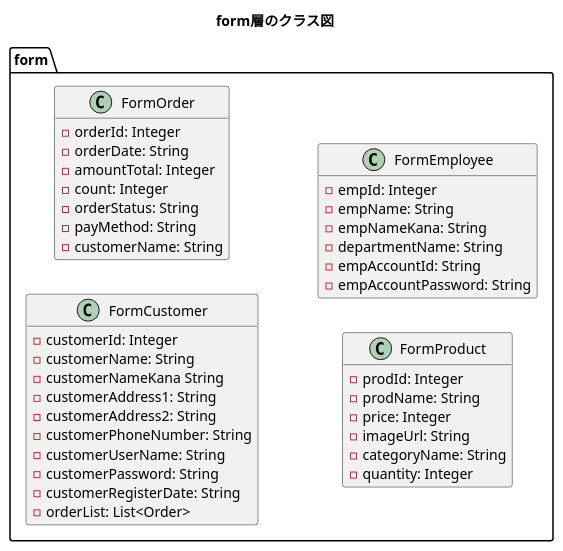
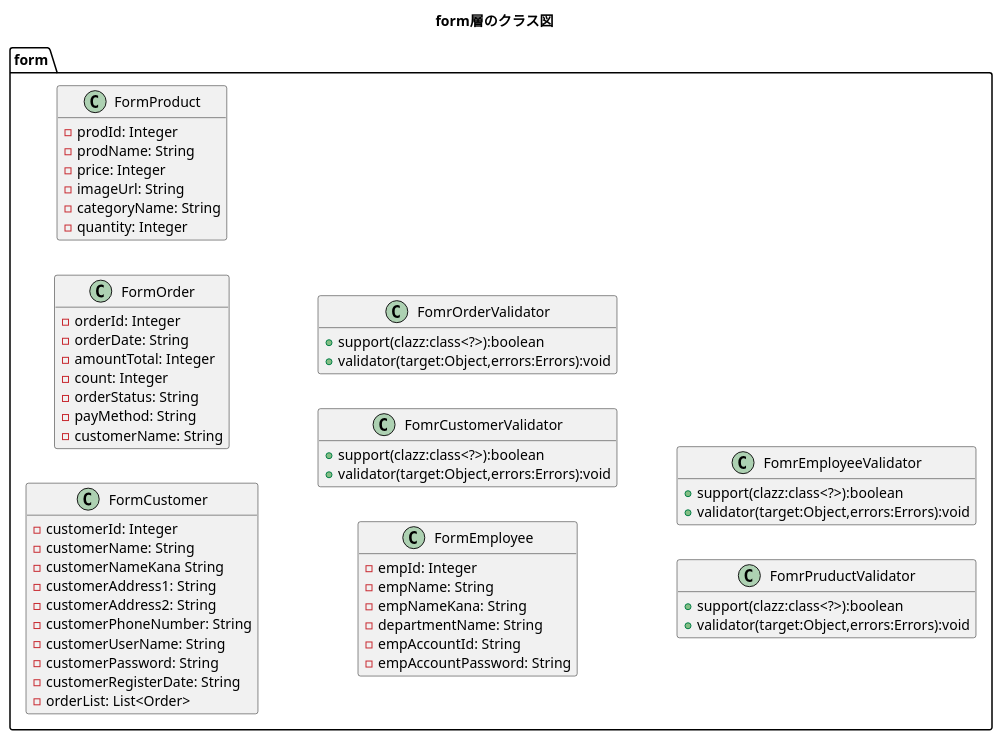
Before and after one commit to kanavii3333/ec-b: the diagram in plan/uml/class/form.plantuml, drawn with PlantUML. The commit also changed other lines of this file and 3 other files, not shown here.

```diff
--- a/plan/uml/class/form.plantuml
+++ b/plan/uml/class/form.plantuml
@@ -1,48 +1,68 @@
 @startuml
 title form層のクラス図
 hide empty members
 left to right direction
 
 package form{
     class FormCustomer{
         -customerId: Integer
         -customerName: String
         -customerNameKana String
         -customerAddress1: String
         -customerAddress2: String
         -customerPhoneNumber: String
         -customerUserName: String
         -customerPassword: String
         -customerRegisterDate: String
         -orderList: List<Order>
     }
 
     class FormOrder{
         -orderId: Integer
         -orderDate: String
         -amountTotal: Integer
         -count: Integer
         -orderStatus: String
         -payMethod: String
         -customerName: String
     }
 
     class FormProduct{
         -prodId: Integer
         -prodName: String
         -price: Integer
         -imageUrl: String
         -categoryName: String
         -quantity: Integer
     }
 
     class FormEmployee{
         -empId: Integer
         -empName: String
         -empNameKana: String
         -departmentName: String
         -empAccountId: String
         -empAccountPassword: String
     }
+    
+    class FomrCustomerValidator{
+		+support(clazz:class<?>):boolean
+		+validator(target:Object,errors:Errors):void
+    }
+    
+    class FomrOrderValidator{
+		+support(clazz:class<?>):boolean
+		+validator(target:Object,errors:Errors):void
+    }
+    
+    class FomrPruductValidator{
+		+support(clazz:class<?>):boolean
+		+validator(target:Object,errors:Errors):void
+    }
+    
+    class FomrEmployeeValidator{
+		+support(clazz:class<?>):boolean
+		+validator(target:Object,errors:Errors):void
+    }
 }
 @enduml
```
